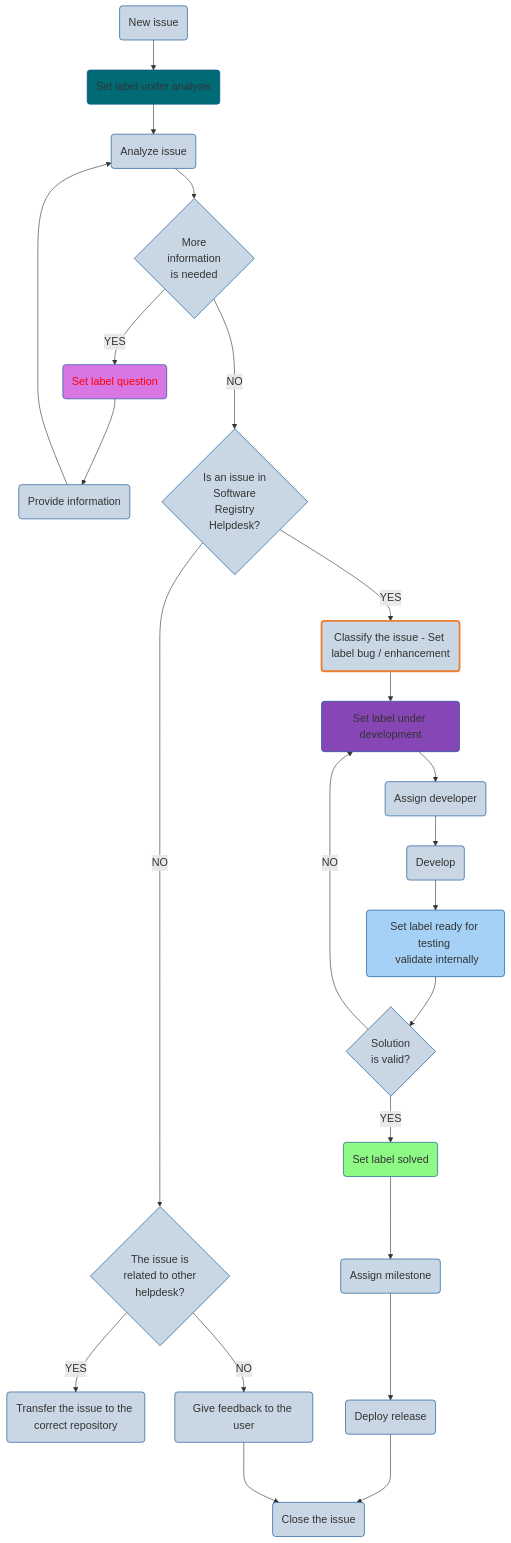
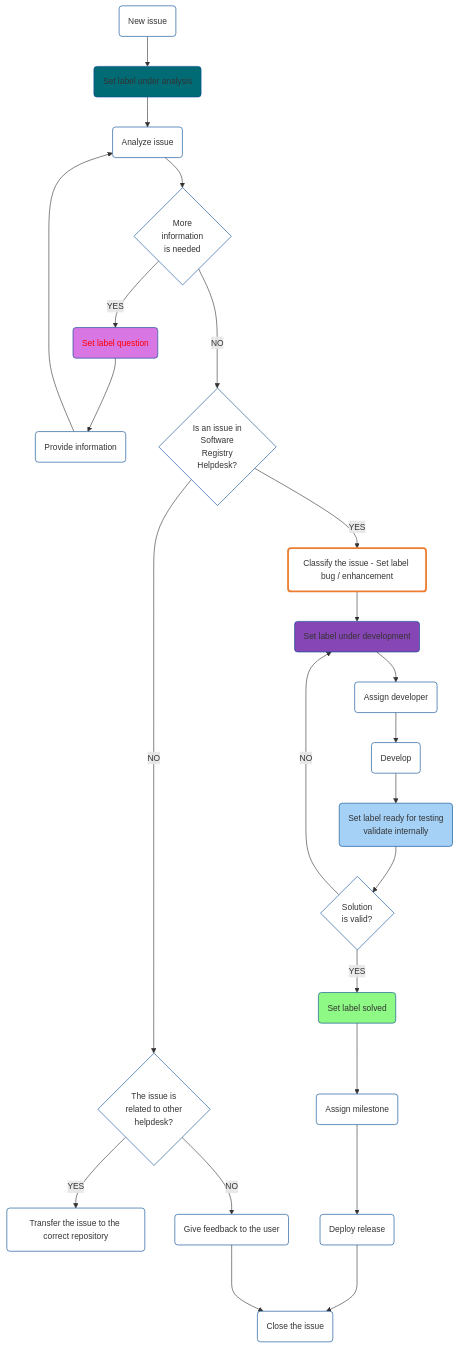
Before and after one commit to ec-jrc/re3gistry: the diagram in helpdesk-management/README.md, drawn with Mermaid. The commit also changed other lines of this file, not shown here.

Commit message:
Improve visualization of the graph and milestones

````diff
--- a/helpdesk-management/README.md
+++ b/helpdesk-management/README.md
@@ -25,5 +25,5 @@
 ```mermaid
-%%{init: {"themeVariables": { "nodeBorder" : "#004990",    "mainBkg" : "#c9d7e4",    "nodeTextColor" : "#000000",    "fontFamily": "arial",    "fontSize": "18px" }}}%%
+%%{init: {"themeVariables": { "nodeBorder" : "#004990",    "mainBkg" : "#ffffff",    "nodeTextColor" : "#000000",    "fontFamily": "arial",    "fontSize": "14px" }}}%%
 
 flowchart TD
 
````
